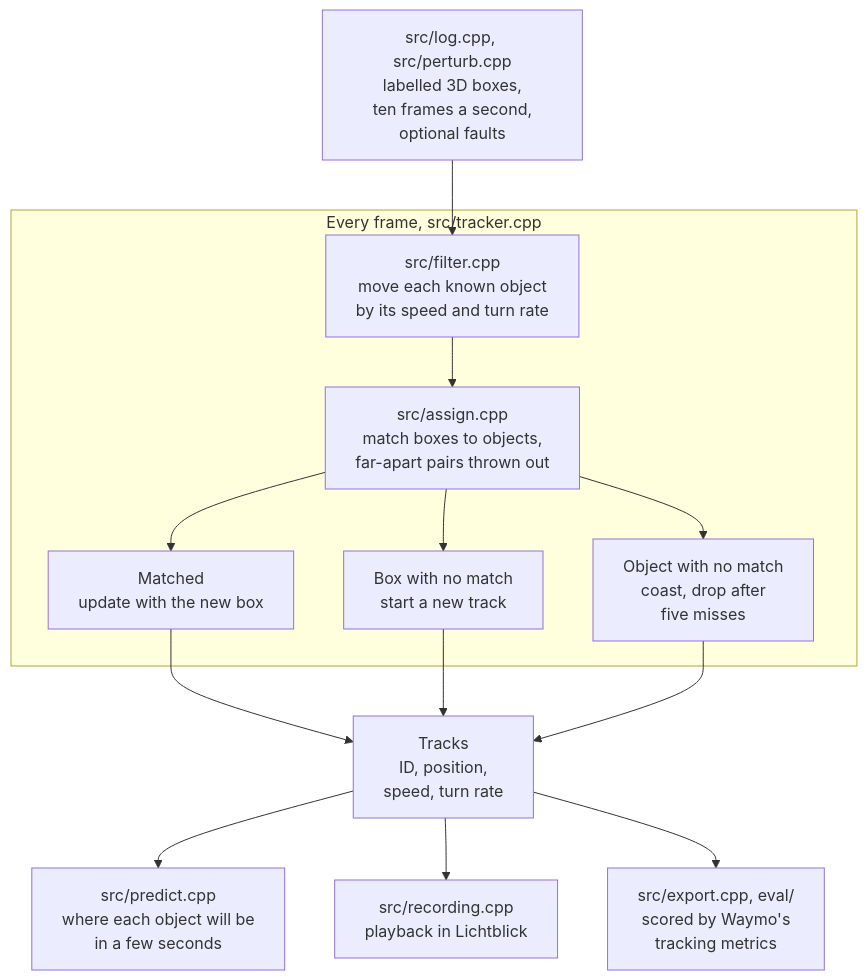
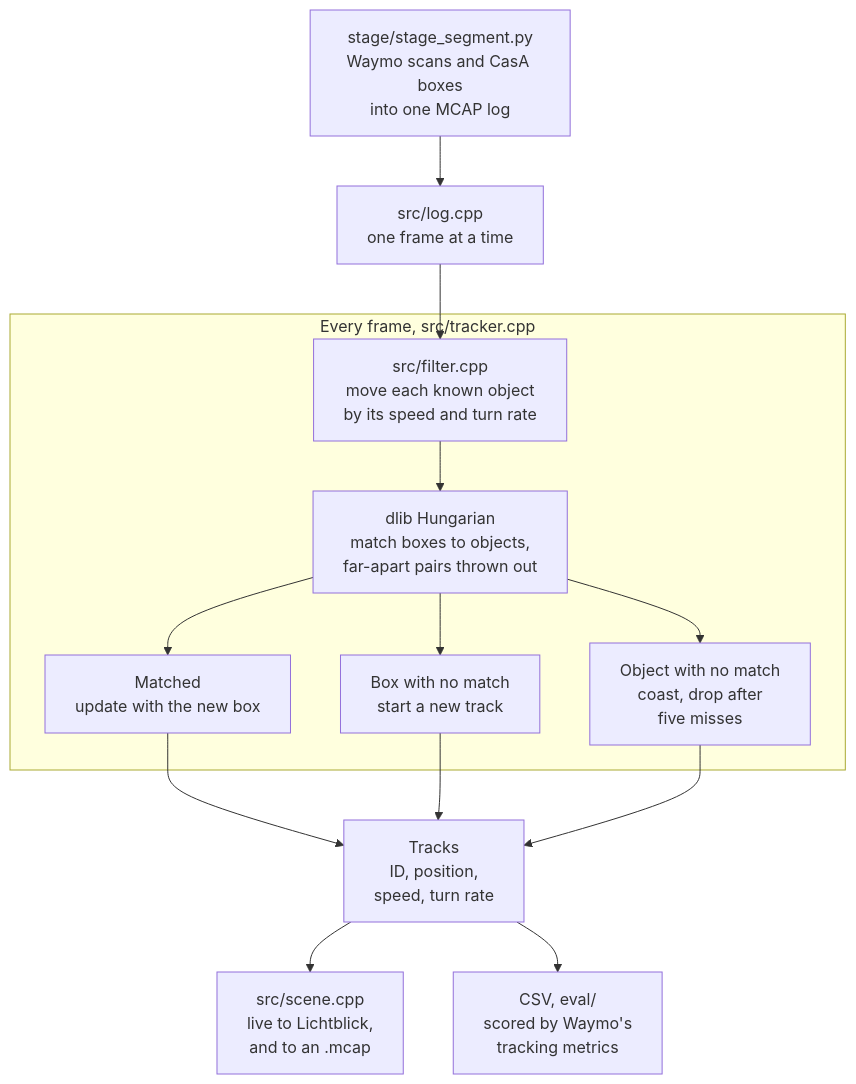
Before and after one commit to Scott-Grew/ThroughLine-LiDar_Tracker: the diagram in README.md, drawn with Mermaid. The commit also changed other lines of this file and 35 other files, not shown here.

Commit message:
rewrite as a live tracker on CasA detections with MCAP protobuf logs

````diff
--- a/README.md
+++ b/README.md
@@ -38,23 +38,23 @@
 ```mermaid
 flowchart TD
-    LOG["src/log.cpp, src/perturb.cpp<br/>labelled 3D boxes,<br/>ten frames a second,<br/>optional faults"]
+    STAGE["stage/stage_segment.py<br/>Waymo scans and CasA boxes<br/>into one MCAP log"]
+    LOG["src/log.cpp<br/>one frame at a time"]
 
     subgraph FRAME["Every frame, src/tracker.cpp"]
         PREDICT["src/filter.cpp<br/>move each known object<br/>by its speed and turn rate"]
-        MATCH["src/assign.cpp<br/>match boxes to objects,<br/>far-apart pairs thrown out"]
+        MATCH["dlib Hungarian<br/>match boxes to objects,<br/>far-apart pairs thrown out"]
         UPDATE["Matched<br/>update with the new box"]
         BIRTH["Box with no match<br/>start a new track"]
         COAST["Object with no match<br/>coast, drop after<br/>five misses"]
         PREDICT --> MATCH
         MATCH --> UPDATE & BIRTH & COAST
     end
 
     TRACKS["Tracks<br/>ID, position,<br/>speed, turn rate"]
-    FORECAST["src/predict.cpp<br/>where each object will be<br/>in a few seconds"]
-    RECORD["src/recording.cpp<br/>playback in Lichtblick"]
-    SCORE["src/export.cpp, eval/<br/>scored by Waymo's<br/>tracking metrics"]
+    SCENE["src/scene.cpp<br/>live to Lichtblick,<br/>and to an .mcap"]
+    SCORE["CSV, eval/<br/>scored by Waymo's<br/>tracking metrics"]
 
-    LOG --> PREDICT
+    STAGE --> LOG --> PREDICT
     UPDATE & BIRTH & COAST --> TRACKS
-    TRACKS --> FORECAST & RECORD & SCORE
+    TRACKS --> SCENE & SCORE
 ```
````
